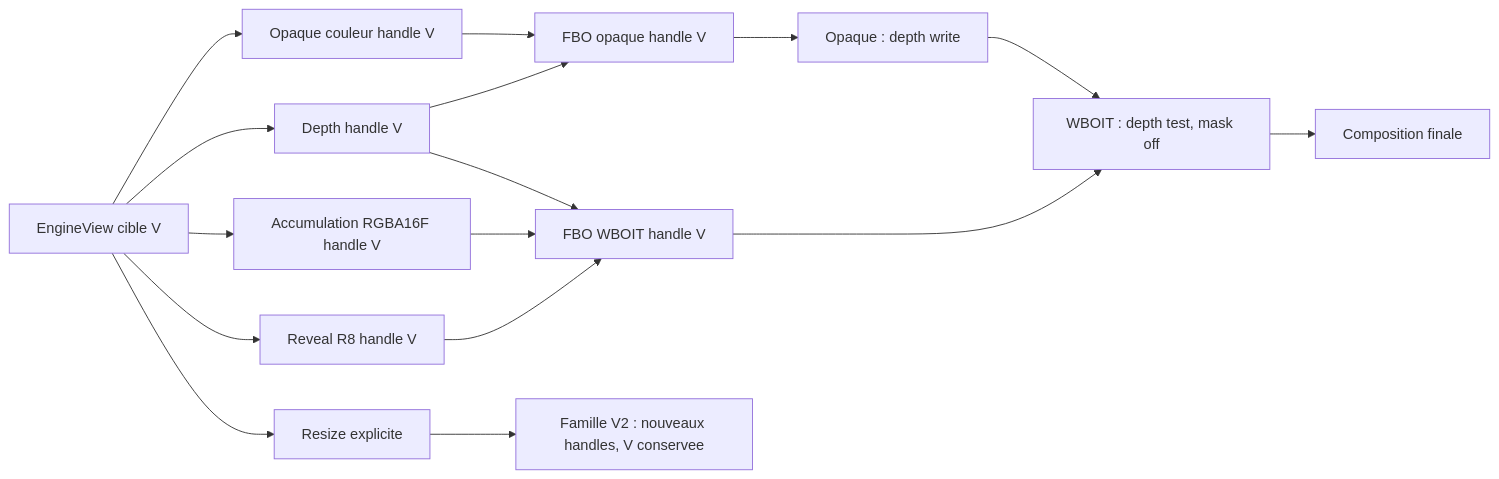
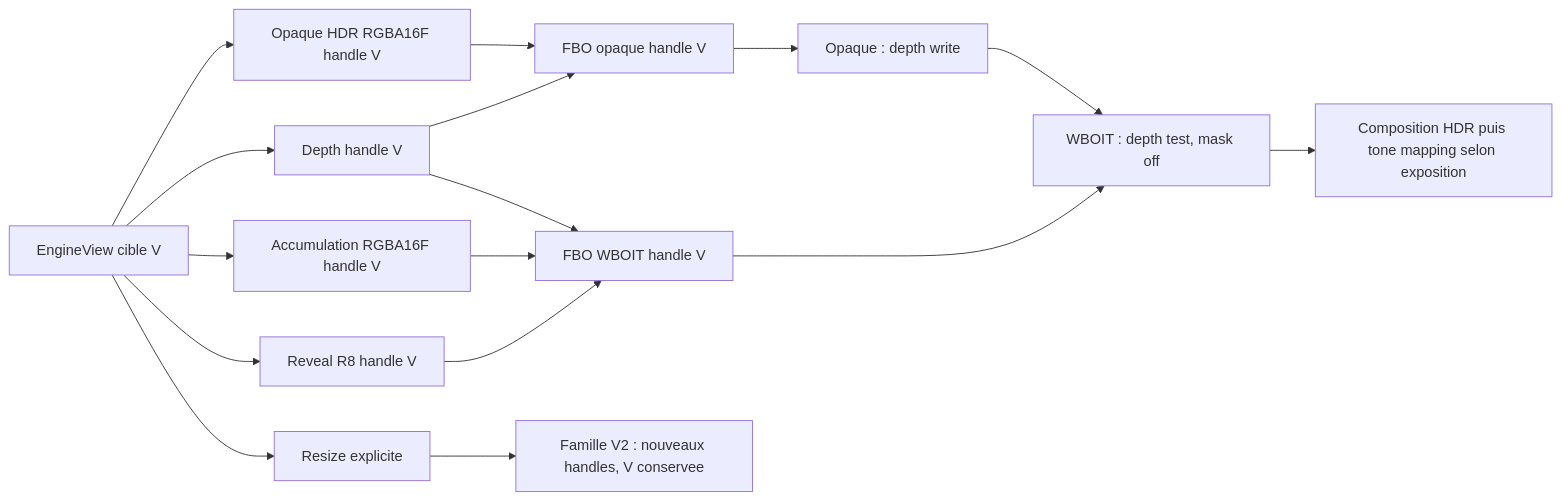
One commit to EreliaStudio/Sparkle changed the second of 5 diagrams in docs/voxel-engine-v0.1.4/09-pipeline-gpu-transparence.md. Above: the diagram before and after it, drawn with Mermaid. The commit also changed other lines of this file, not shown here.

Commit message:
docs(v0.1.4): capture per-view exposure and tone-map HDR after WBOIT composition

````diff
--- a/docs/voxel-engine-v0.1.4/09-pipeline-gpu-transparence.md
+++ b/docs/voxel-engine-v0.1.4/09-pipeline-gpu-transparence.md
@@ -54,18 +56,18 @@
 ```mermaid
 flowchart LR
-  View["EngineView cible V"] --> OpaqueColor["Opaque couleur handle V"]
+  View["EngineView cible V"] --> OpaqueColor["Opaque HDR RGBA16F handle V"]
   View --> Depth["Depth handle V"]
   View --> Accum["Accumulation RGBA16F handle V"]
   View --> Reveal["Reveal R8 handle V"]
   OpaqueColor --> FBOOpaque["FBO opaque handle V"]
   Depth --> FBOOpaque
   Depth --> FBOWBOIT["FBO WBOIT handle V"]
   Accum --> FBOWBOIT
   Reveal --> FBOWBOIT
   FBOOpaque --> DrawOpaque["Opaque : depth write"]
   DrawOpaque --> DrawWBOIT["WBOIT : depth test, mask off"]
   FBOWBOIT --> DrawWBOIT
-  DrawWBOIT --> Compose["Composition finale"]
+  DrawWBOIT --> Compose["Composition HDR puis tone mapping selon exposition"]
   View --> Resize["Resize explicite"]
   Resize --> V2["Famille V2 : nouveaux handles, V conservee"]
 ```
````
